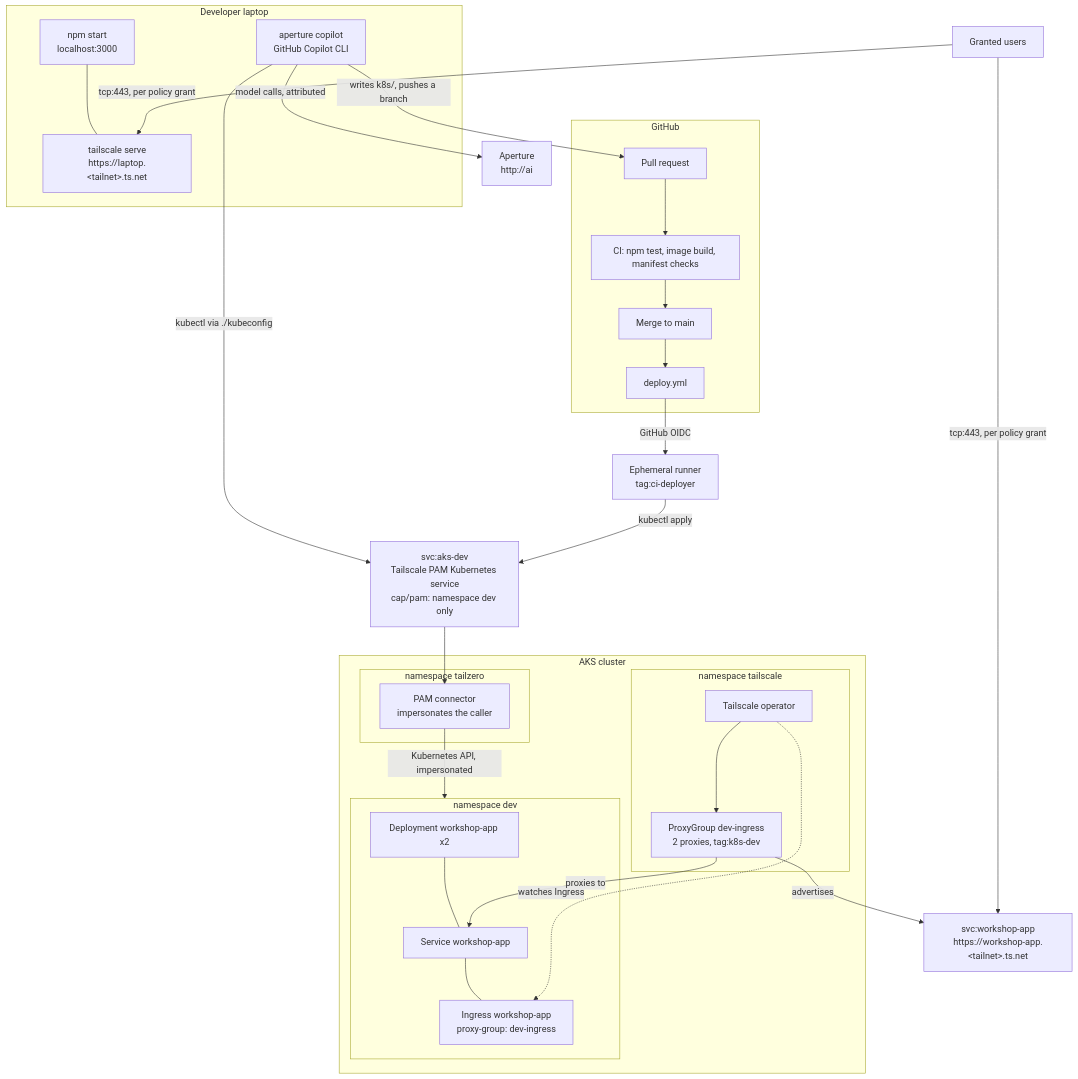
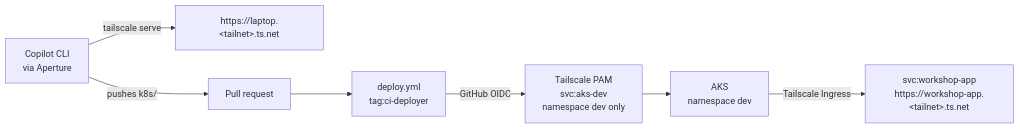
One commit to kbpersonal/agentic-aided-deployment-workshop changed the diagram in README.md. Above: the diagram before and after it, drawn with Mermaid. The commit also changed other lines of this file and 6 other files, not shown here.

Commit message:
Identity headers page, README rewrite, aks-dev context

````diff
--- a/README.md
+++ b/README.md
@@ -26,52 +7,8 @@
 ```mermaid
-flowchart TB
-  subgraph laptop["Developer laptop"]
-    app["npm start<br/>localhost:3000"]
-    serve["tailscale serve<br/>https://laptop.&lt;tailnet&gt;.ts.net"]
-    copilot["aperture copilot<br/>GitHub Copilot CLI"]
-    app --- serve
-  end
-
-  aperture["Aperture<br/>http://ai"]
-
-  subgraph github["GitHub"]
-    pr["Pull request"] --> ci["CI: npm test, image build, manifest checks"] --> merge["Merge to main"]
-    merge --> deploy["deploy.yml"]
-  end
-
-  runner["Ephemeral runner<br/>tag:ci-deployer"]
-  pam["svc:aks-dev<br/>Tailscale PAM Kubernetes service<br/>cap/pam: namespace dev only"]
-
-  subgraph aks["AKS cluster"]
-    subgraph ns0["namespace tailzero"]
-      connector["PAM connector<br/>impersonates the caller"]
-    end
-    subgraph ns1["namespace dev"]
-      dep["Deployment workshop-app x2"]
-      svc["Service workshop-app"]
-      ing["Ingress workshop-app<br/>proxy-group: dev-ingress"]
-      dep --- svc --- ing
-    end
-    subgraph ns2["namespace tailscale"]
-      operator["Tailscale operator"]
-      pg["ProxyGroup dev-ingress<br/>2 proxies, tag:k8s-dev"]
-    end
-  end
-
-  tsvc["svc:workshop-app<br/>https://workshop-app.&lt;tailnet&gt;.ts.net"]
-  team["Granted users"]
-
-  copilot -- "model calls, attributed" --> aperture
-  copilot -- "writes k8s/, pushes a branch" --> pr
-  copilot -- "kubectl via ./kubeconfig" --> pam
-  deploy -- "GitHub OIDC" --> runner
-  runner -- "kubectl apply" --> pam
-  pam --> connector
-  connector -- "Kubernetes API, impersonated" --> ns1
-  operator -. "watches Ingress" .-> ing
-  operator --> pg
-  pg -- "advertises" --> tsvc
-  pg -- "proxies to" --> svc
-  team -- "tcp:443, per policy grant" --> tsvc
-  team -- "tcp:443, per policy grant" --> serve
+flowchart LR
+  copilot["Copilot CLI<br/>via Aperture"] -- "tailscale serve" --> laptop["https://laptop.&lt;tailnet&gt;.ts.net"]
+  copilot -- "pushes k8s/" --> pr["Pull request"] --> deploy["deploy.yml<br/>tag:ci-deployer"]
+  deploy -- "GitHub OIDC" --> pam["Tailscale PAM<br/>svc:aks-dev<br/>namespace dev only"]
+  pam --> aks["AKS<br/>namespace dev"]
+  aks -- "Tailscale Ingress" --> svc["svc:workshop-app<br/>https://workshop-app.&lt;tailnet&gt;.ts.net"]
 ```
````
